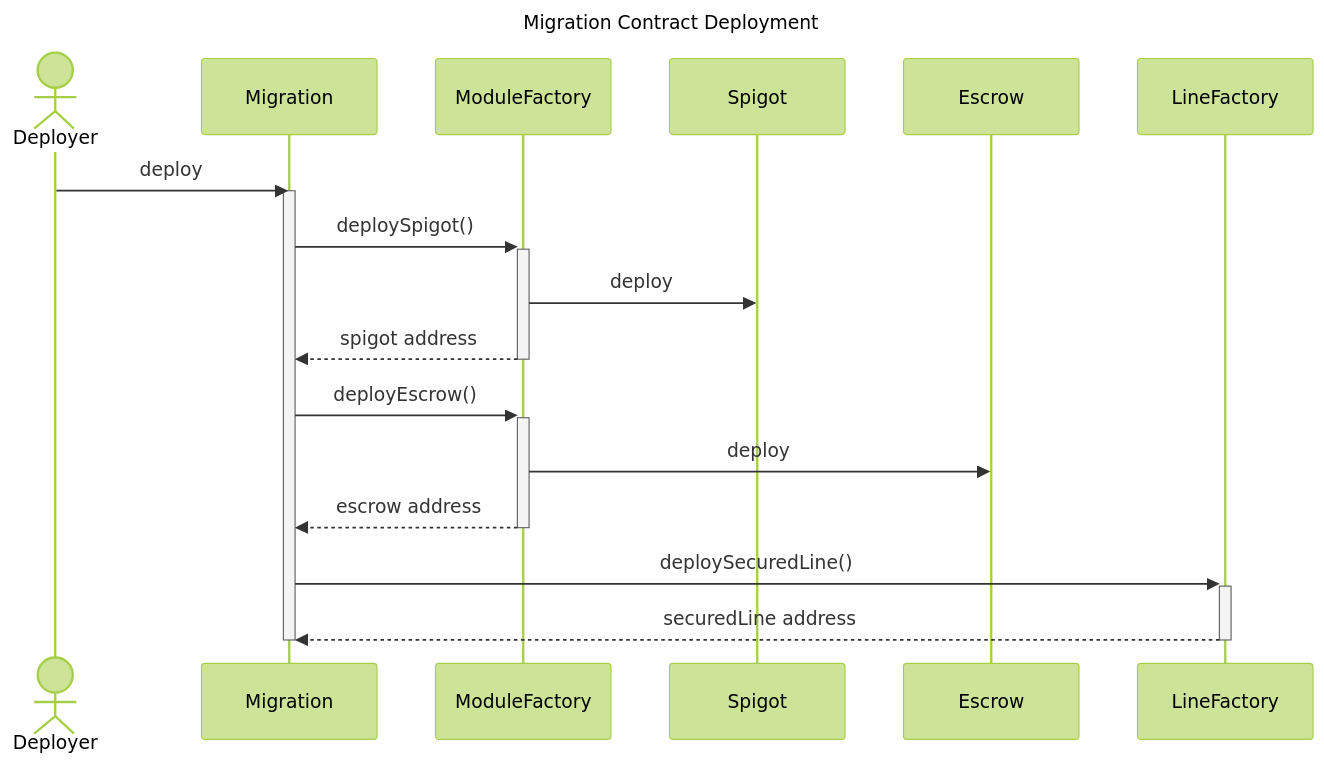
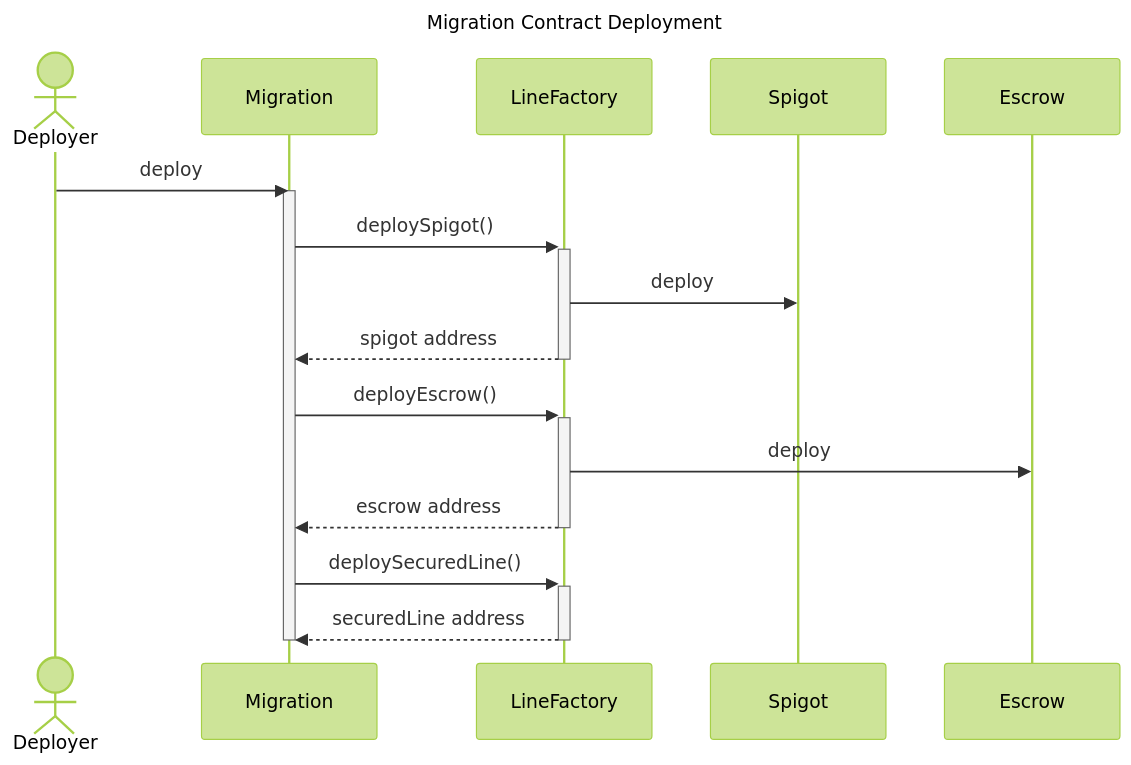
One commit to debtdao/spigot-migrations changed the first of 3 diagrams in migrations/idle-finance/docs.md. Above: the diagram before and after it, drawn with Mermaid (forest theme). The commit also changed other lines of this file and 2 other files, not shown here.

````diff
--- a/migrations/idle-finance/docs.md
+++ b/migrations/idle-finance/docs.md
@@ -7,18 +7,18 @@
 ```mermaid
 sequenceDiagram
     title Migration Contract Deployment
 
     actor Deployer
     Deployer ->> Migration: deploy
     activate Migration
-    Migration ->>+ ModuleFactory: deploySpigot()
-    ModuleFactory ->> Spigot: deploy
-    ModuleFactory -->>- Migration: spigot address
-    Migration ->>+ ModuleFactory: deployEscrow()
-    ModuleFactory ->> Escrow: deploy
-    ModuleFactory -->>- Migration: escrow address
+    Migration ->>+ LineFactory: deploySpigot()
+    LineFactory ->> Spigot: deploy
+    LineFactory -->>- Migration: spigot address
+    Migration ->>+ LineFactory: deployEscrow()
+    LineFactory ->> Escrow: deploy
+    LineFactory -->>- Migration: escrow address
     Migration ->>+ LineFactory: deploySecuredLine()
     LineFactory -->>- Migration: securedLine address
     deactivate Migration
 
 ```
````
